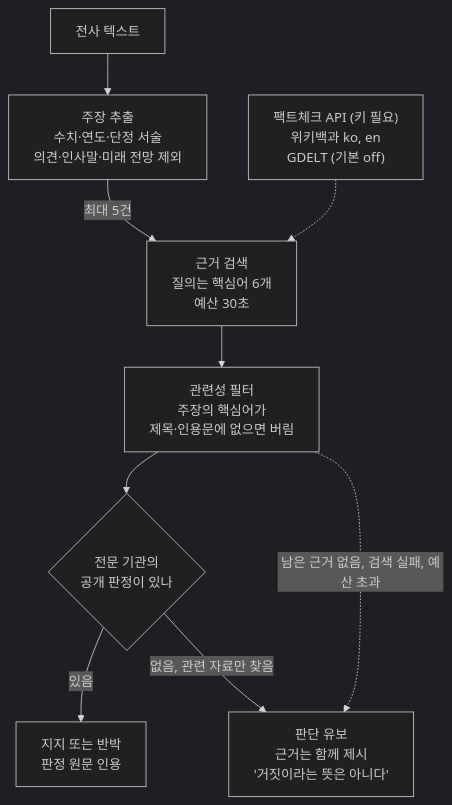
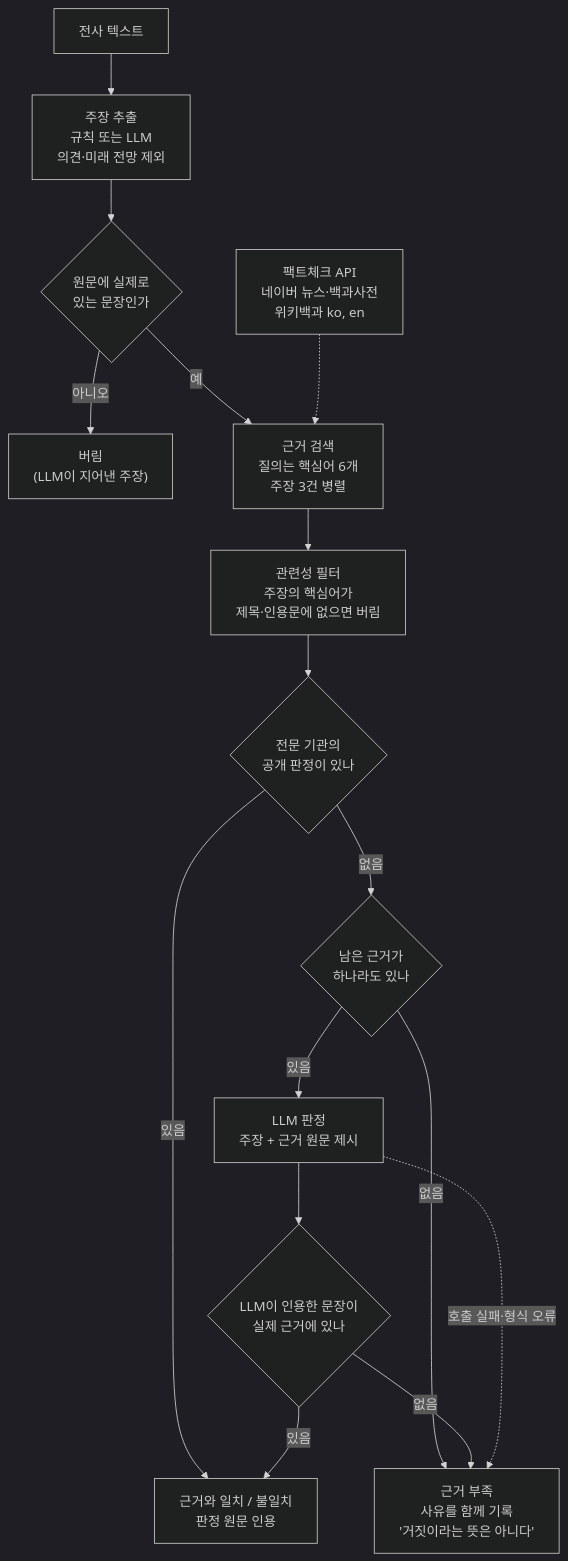
One commit to Dynamic-Juo/be changed the fourth of 5 diagrams in docs/pipeline.md. Above: the diagram before and after it, drawn with Mermaid (dark theme). The commit also changed other lines of this file, not shown here.

First line of the commit message:
docs(be): 파이프라인 해부도에 LLM 판정 경로 반영

````diff
--- a/docs/pipeline.md
+++ b/docs/pipeline.md
@@ -165,11 +171,19 @@
 ```mermaid
 flowchart TD
-    TEXT["전사 텍스트"] --> EXTRACT["주장 추출<br/>수치·연도·단정 서술<br/>의견·인사말·미래 전망 제외"]
-    EXTRACT -->|"최대 5건"| SEARCH["근거 검색<br/>질의는 핵심어 6개<br/>예산 30초"]
-    PROVIDERS["팩트체크 API (키 필요)<br/>위키백과 ko, en<br/>GDELT (기본 off)"] -.-> SEARCH
+    TEXT["전사 텍스트"] --> EXTRACT["주장 추출<br/>규칙 또는 LLM<br/>의견·미래 전망 제외"]
+    EXTRACT --> ORIGIN{"원문에 실제로<br/>있는 문장인가"}
+    ORIGIN -->|"아니오"| DROP["버림<br/>(LLM이 지어낸 주장)"]
+    ORIGIN -->|"예"| SEARCH["근거 검색<br/>질의는 핵심어 6개<br/>주장 3건 병렬"]
+    PROVIDERS["팩트체크 API<br/>네이버 뉴스·백과사전<br/>위키백과 ko, en"] -.-> SEARCH
     SEARCH --> FILTER["관련성 필터<br/>주장의 핵심어가<br/>제목·인용문에 없으면 버림"]
-    FILTER --> Q{"전문 기관의<br/>공개 판정이 있나"}
-    Q -->|"있음"| VERDICT["지지 또는 반박<br/>판정 원문 인용"]
-    Q -->|"없음, 관련 자료만 찾음"| HOLD
-    FILTER -.->|"남은 근거 없음, 검색 실패, 예산 초과"| HOLD["판단 유보<br/>근거는 함께 제시<br/>'거짓이라는 뜻은 아니다'"]
+
+    FILTER --> Q1{"전문 기관의<br/>공개 판정이 있나"}
+    Q1 -->|"있음"| VERDICT["근거와 일치 / 불일치<br/>판정 원문 인용"]
+    Q1 -->|"없음"| Q2{"남은 근거가<br/>하나라도 있나"}
+    Q2 -->|"없음"| HOLD
+    Q2 -->|"있음"| LLM["LLM 판정<br/>주장 + 근거 원문 제시"]
+    LLM --> QUOTE{"LLM이 인용한 문장이<br/>실제 근거에 있나"}
+    QUOTE -->|"없음"| HOLD
+    QUOTE -->|"있음"| VERDICT
+    LLM -.->|"호출 실패·형식 오류"| HOLD["근거 부족<br/>사유를 함께 기록<br/>'거짓이라는 뜻은 아니다'"]
 ```
````
